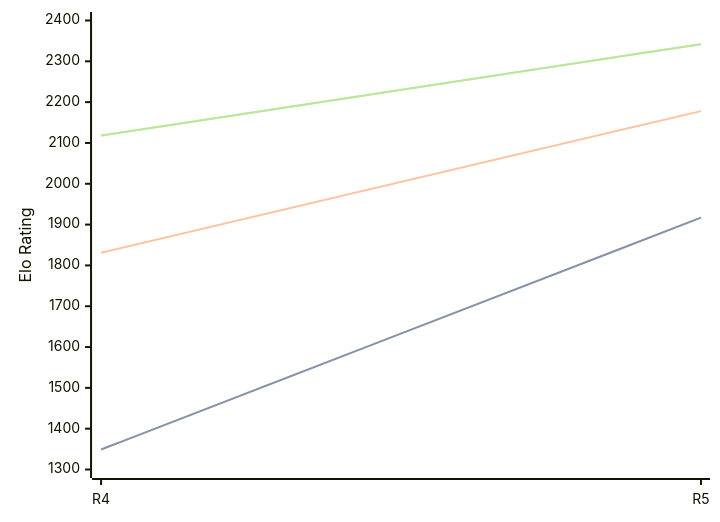
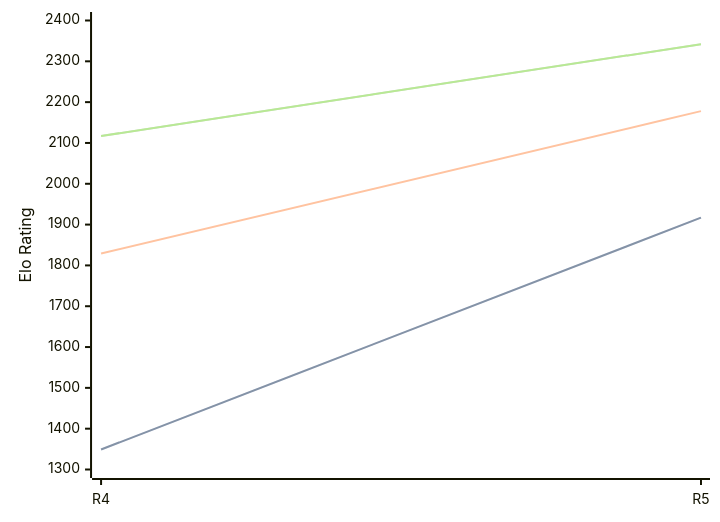
Before and after one commit to computer-chess-index/cci: the diagram in engines/Viking.md, drawn with Mermaid. The commit also changed other lines of this file, not shown here.

Commit message:
Update CCI Ratings (ELO VLTC) - 2026-08-28

````diff
--- a/engines/Viking.md
+++ b/engines/Viking.md
@@ -35,11 +35,11 @@
 ```mermaid
 %%{init: {"theme":"base","themeVariables":{"seriesColors:['#a3a3a3','#222221','#faa371']}}}%%
 xychart-beta
   x-axis ["R4", "R5"]
   y-axis "Elo Rating" 1300 --> 2400
   line "" [1349, 1917]
   line "STC (8.0+0.08s)" [1349, 1917]
-  line "LTC (60.0+0.60s)" [1831, 2178]
-  line "" [2118, 2342]
-  line "VLTC (2m24s+1.12s)" [2118, 2342]
+  line "LTC (60.0+0.60s)" [1829, 2178]
+  line "" [2117, 2342]
+  line "VLTC (2m24s+1.12s)" [2117, 2342]
 ```
````
